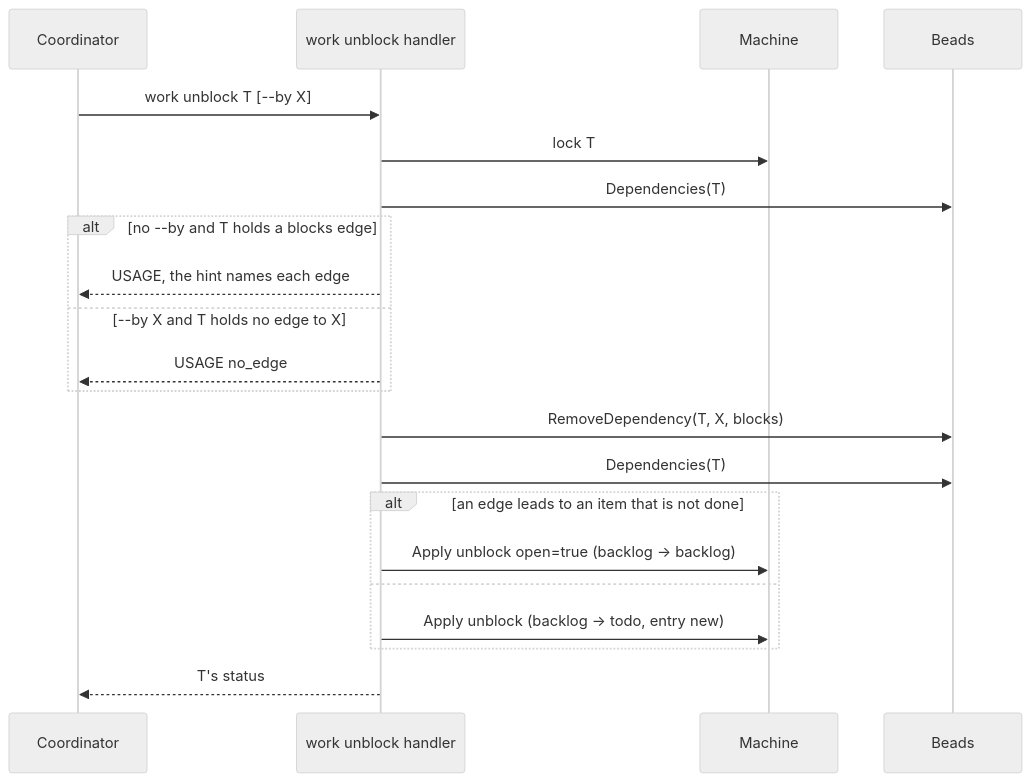
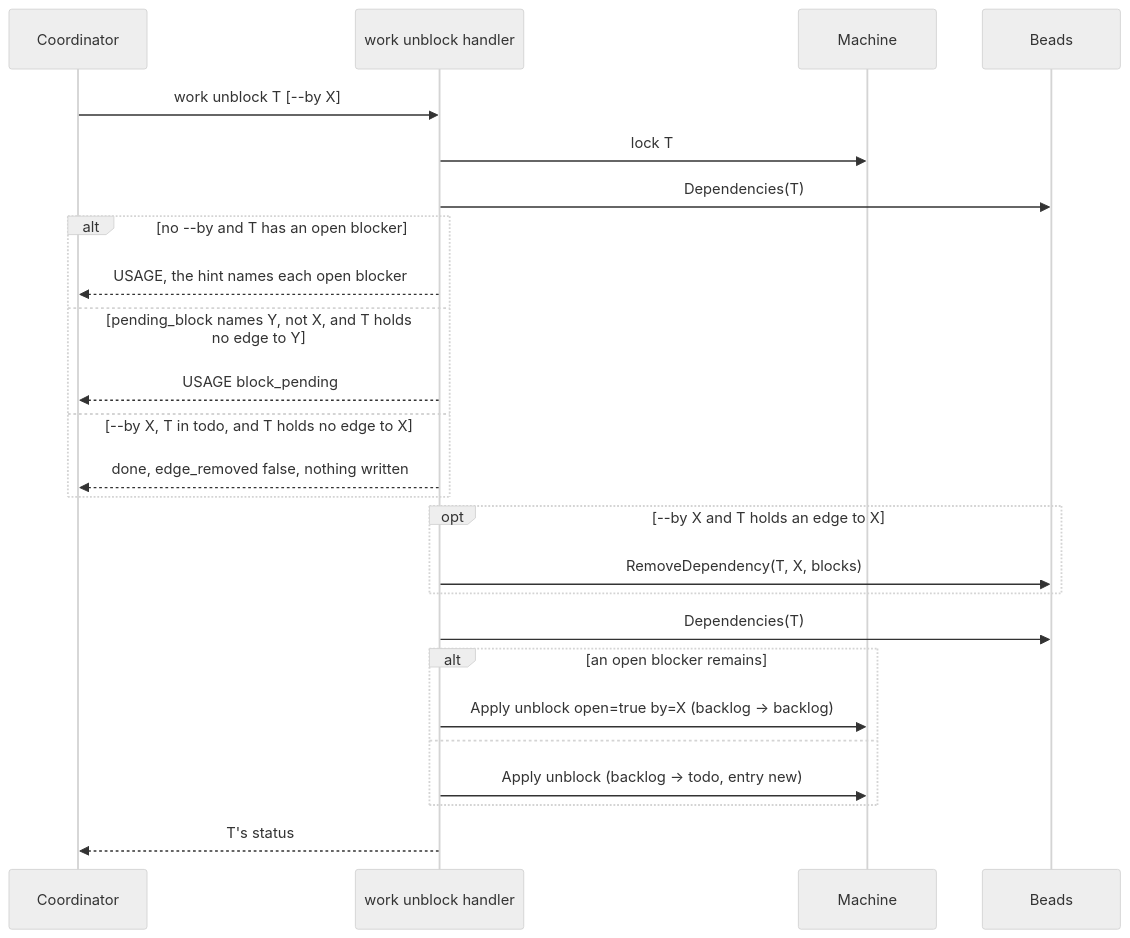
Before and after one commit to iantanwx/factory: the second of 6 diagrams in docs/plans/factorio-9wh-work-item-fields-spec.md, drawn with Mermaid (neutral theme). The commit also changed other lines of this file, not shown here.

````diff
--- a/docs/plans/factorio-9wh-work-item-fields-spec.md
+++ b/docs/plans/factorio-9wh-work-item-fields-spec.md
@@ -463,23 +535,27 @@
 ```mermaid
 sequenceDiagram
     participant C as Coordinator
     participant V as work unblock handler
     participant M as Machine
     participant B as Beads
     C->>V: work unblock T [--by X]
     V->>M: lock T
     V->>B: Dependencies(T)
-    alt no --by and T holds a blocks edge
-        V-->>C: USAGE, the hint names each edge
-    else --by X and T holds no edge to X
-        V-->>C: USAGE no_edge
+    alt no --by and T has an open blocker
+        V-->>C: USAGE, the hint names each open blocker
+    else pending_block names Y, not X, and T holds no edge to Y
+        V-->>C: USAGE block_pending
+    else --by X, T in todo, and T holds no edge to X
+        V-->>C: done, edge_removed false, nothing written
     end
-    V->>B: RemoveDependency(T, X, blocks)
+    opt --by X and T holds an edge to X
+        V->>B: RemoveDependency(T, X, blocks)
+    end
     V->>B: Dependencies(T)
-    alt an edge leads to an item that is not done
-        V->>M: Apply unblock open=true (backlog -> backlog)
+    alt an open blocker remains
+        V->>M: Apply unblock open=true by=X (backlog -> backlog)
     else
         V->>M: Apply unblock (backlog -> todo, entry new)
     end
     V-->>C: T's status
 ```
````
